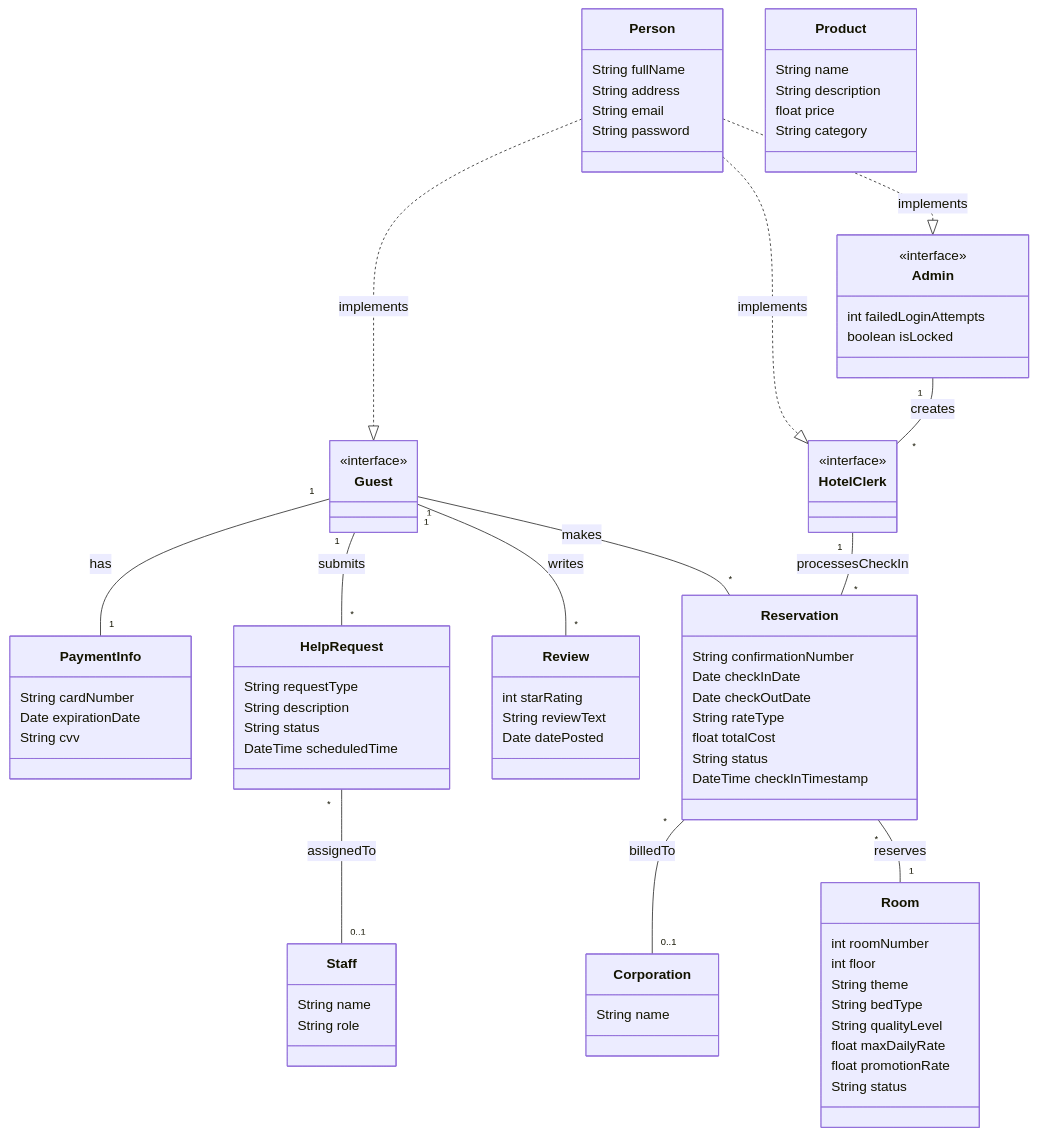
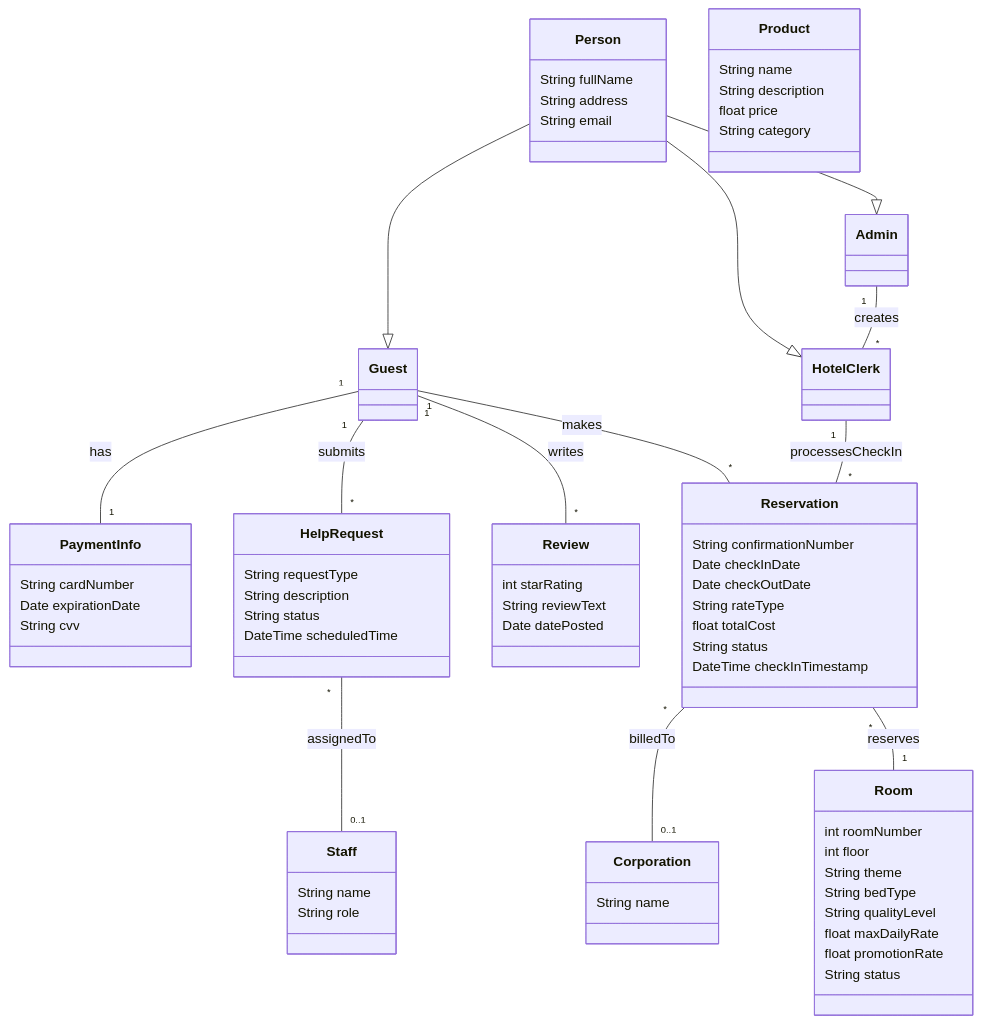
Before and after one commit to JaceYar/Software1-Proj: the diagram in Documentation/DomainModel.md, drawn with Mermaid. The commit also changed 18 other files, not shown here.

```diff
--- a/Documentation/DomainModel.md
+++ b/Documentation/DomainModel.md
@@ -6,26 +6,20 @@
         String fullName
         String address
         String email
-        String password
     }
 
     class Guest {
-        <<interface>>
     }
 
     class Admin {
-        <<interface>>
-        int failedLoginAttempts
-        boolean isLocked
     }
 
     class HotelClerk {
-        <<interface>>
     }
 
-    Person ..|> Guest : implements
-    Person ..|> Admin : implements
-    Person ..|> HotelClerk : implements
+    Person --|> Guest
+    Person --|> Admin
+    Person --|> HotelClerk
 
     class PaymentInfo {
         String cardNumber
```
